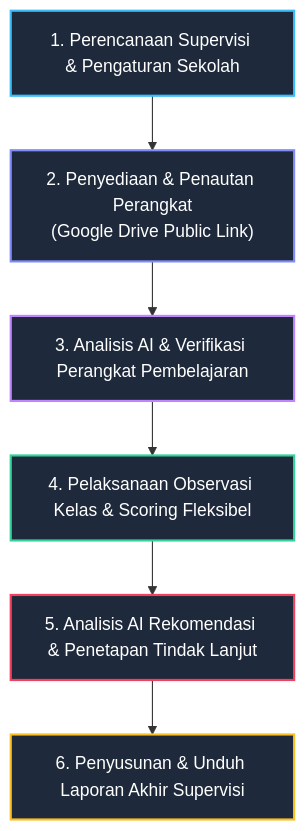
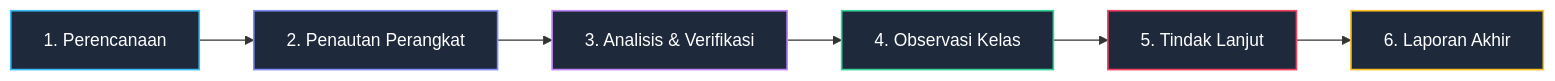
Before and after one commit to Hnzsama/supervisi_sekolah: the first of 2 diagrams in docs/03-business-workflows.md, drawn with Mermaid. The commit also changed other lines of this file and 3 other files, not shown here.

Commit message:
Optimize Mermaid diagram layout to balanced horizontal format

````diff
--- a/docs/03-business-workflows.md
+++ b/docs/03-business-workflows.md
@@ -7,15 +7,15 @@
 ```mermaid
-flowchart TD
-    T1["1. Perencanaan Supervisi & Pengaturan Sekolah"] --> T2["2. Penyediaan & Penautan Perangkat<br/>(Google Drive Public Link)"]
-    T2 --> T3["3. Analisis AI & Verifikasi Perangkat Pembelajaran"]
-    T3 --> T4["4. Pelaksanaan Observasi Kelas & Scoring Fleksibel"]
-    T4 --> T5["5. Analisis AI Rekomendasi & Penetapan Tindak Lanjut"]
-    T5 --> T6["6. Penyusunan & Unduh Laporan Akhir Supervisi"]
+flowchart LR
+    T1["1. Perencanaan"] --> T2["2. Penautan Perangkat"]
+    T2 --> T3["3. Analisis & Verifikasi"]
+    T3 --> T4["4. Observasi Kelas"]
+    T4 --> T5["5. Tindak Lanjut"]
+    T5 --> T6["6. Laporan Akhir"]
 
-    style T1 fill:#1e293b,stroke:#38bdf8,stroke-width:2px,color:#fff
-    style T2 fill:#1e293b,stroke:#818cf8,stroke-width:2px,color:#fff
-    style T3 fill:#1e293b,stroke:#c084fc,stroke-width:2px,color:#fff
-    style T4 fill:#1e293b,stroke:#34d399,stroke-width:2px,color:#fff
-    style T5 fill:#1e293b,stroke:#f43f5e,stroke-width:2px,color:#fff
-    style T6 fill:#1e293b,stroke:#fbbf24,stroke-width:2px,color:#fff
+    style T1 fill:#1e293b,stroke:#38bdf8,stroke-width:1.5px,color:#fff
+    style T2 fill:#1e293b,stroke:#818cf8,stroke-width:1.5px,color:#fff
+    style T3 fill:#1e293b,stroke:#c084fc,stroke-width:1.5px,color:#fff
+    style T4 fill:#1e293b,stroke:#34d399,stroke-width:1.5px,color:#fff
+    style T5 fill:#1e293b,stroke:#f43f5e,stroke-width:1.5px,color:#fff
+    style T6 fill:#1e293b,stroke:#fbbf24,stroke-width:1.5px,color:#fff
 ```
````
